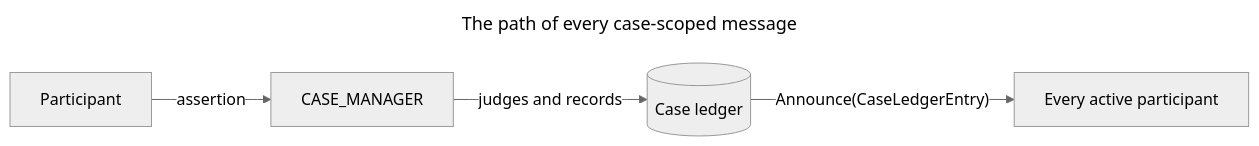
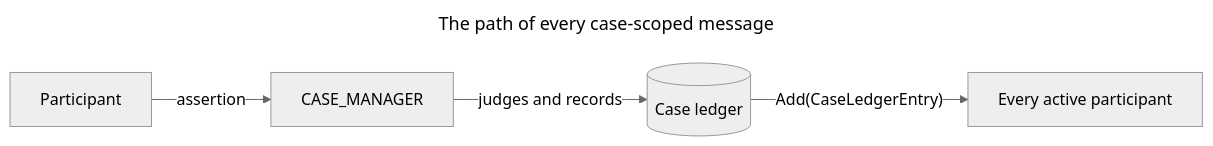
Before and after one commit to CERTCC/Vultron: the first of 2 diagrams in docs/topics/case_lifecycle/case_authority_and_trust.md, drawn with Mermaid (neutral theme). The commit also changed 358 other files, not shown here.

First line of the commit message:
feat(sync): a ledger commit goes out as an Add to the case's ledger

````diff
--- a/docs/topics/case_lifecycle/case_authority_and_trust.md
+++ b/docs/topics/case_lifecycle/case_authority_and_trust.md
@@ -117,9 +117,9 @@
 ```mermaid
 ---
 title: The path of every case-scoped message
 ---
 flowchart LR
     P[Participant] -->|assertion| M[CASE_MANAGER]
     M -->|judges and records| L[(Case ledger)]
-    L -->|"Announce(CaseLedgerEntry)"| R[Every active participant]
+    L -->|"Add(CaseLedgerEntry)"| R[Every active participant]
 ```
````
